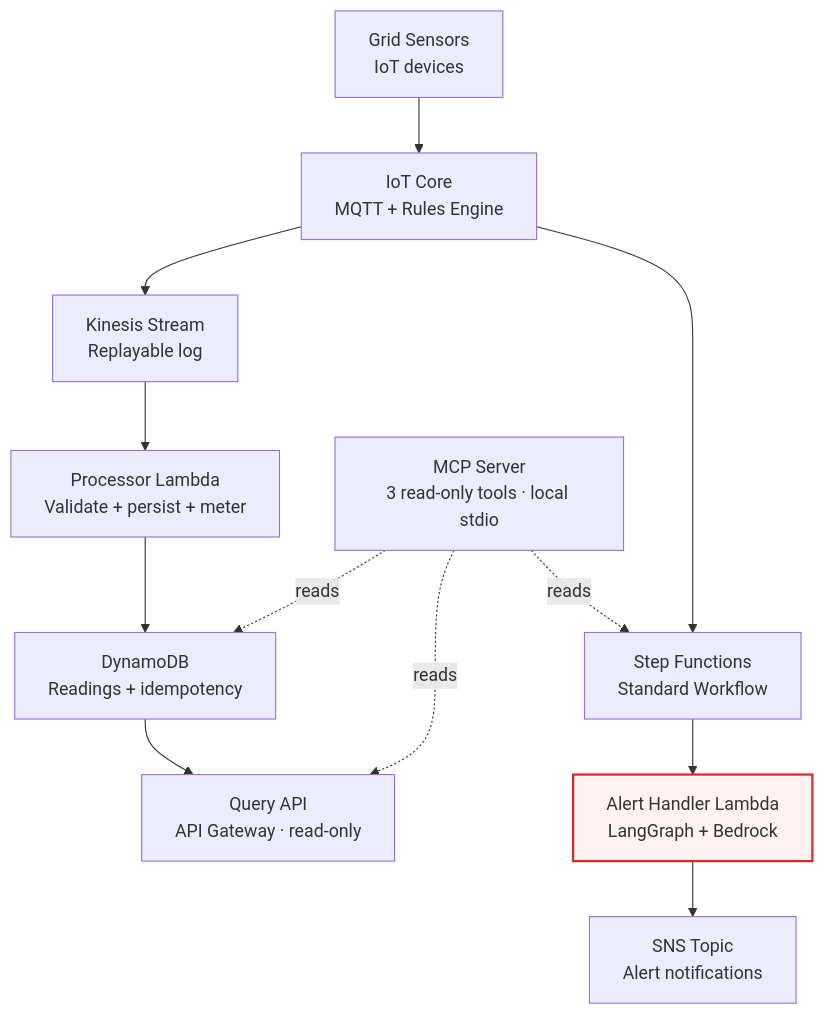
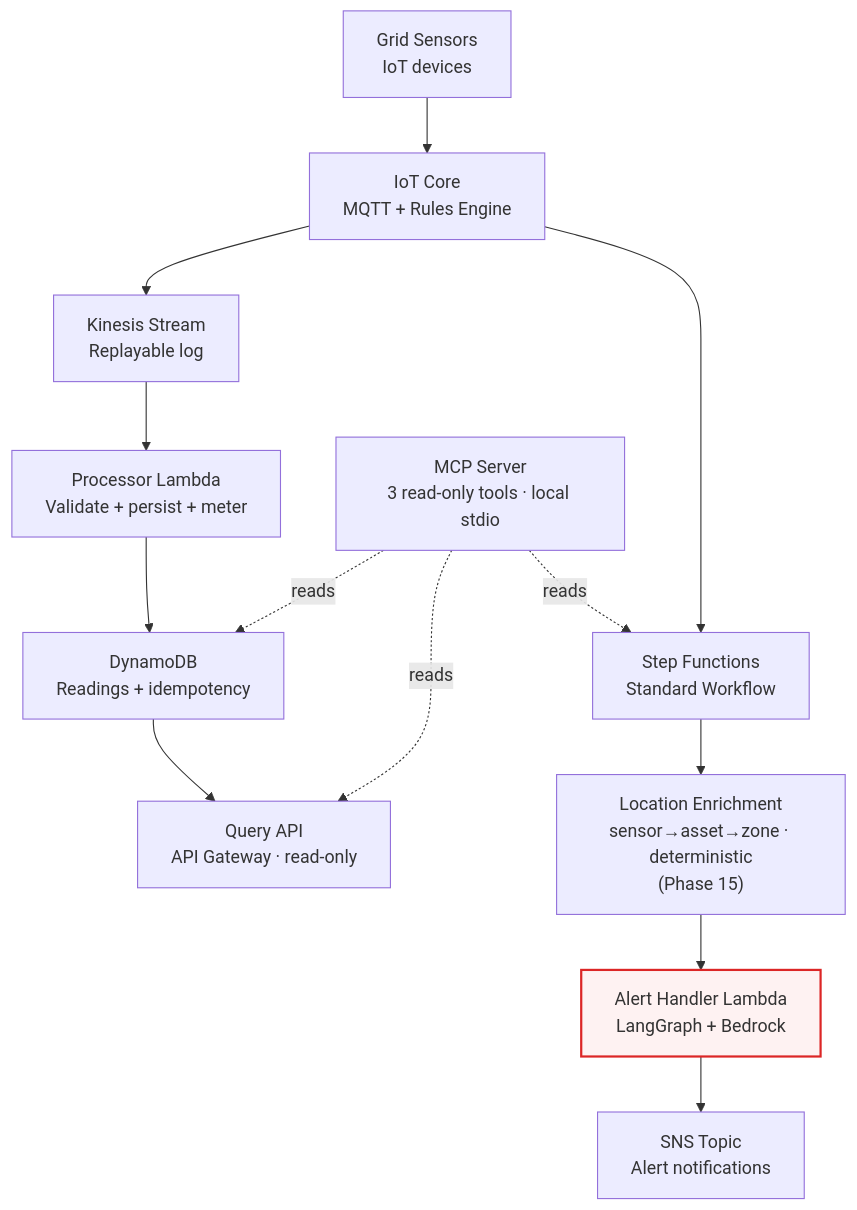
One commit to amusto/Grid-Sensor-Pipeline changed the diagram in docs/diagrams/system-overview.md. Above: the diagram before and after it, drawn with Mermaid. The commit also changed other lines of this file and 11 other files, not shown here.

First line of the commit message:
docs(P15.1): open Phase 15 — Factory Floor Mapping & Asset Intelligence

````diff
--- a/docs/diagrams/system-overview.md
+++ b/docs/diagrams/system-overview.md
@@ -17,37 +17,40 @@
 ```mermaid
 flowchart TD
   Sensors["Grid Sensors<br/>IoT devices"]
   IoT["IoT Core<br/>MQTT + Rules Engine"]
   Kinesis["Kinesis Stream<br/>Replayable log"]
   Processor["Processor Lambda<br/>Validate + persist + meter"]
   DynamoDB["DynamoDB<br/>Readings + idempotency"]
   StepFn["Step Functions<br/>Standard Workflow"]
+  Enrich["Location Enrichment<br/>sensor→asset→zone · deterministic<br/>(Phase 15)"]
   Handler["Alert Handler Lambda<br/>LangGraph + Bedrock"]
   SNS["SNS Topic<br/>Alert notifications"]
   Query["Query API<br/>API Gateway · read-only"]
   MCP["MCP Server<br/>3 read-only tools · local stdio"]
 
   Sensors --> IoT
   IoT --> Kinesis
   IoT --> StepFn
   Kinesis --> Processor
   Processor --> DynamoDB
-  StepFn --> Handler
+  StepFn --> Enrich
+  Enrich --> Handler
   Handler --> SNS
   DynamoDB --> Query
 
   MCP -.->|reads| DynamoDB
   MCP -.->|reads| Query
   MCP -.->|reads| StepFn
 
   click Kinesis "https://github.com/amusto/Grid-Sensor-Pipeline/blob/main/docs/diagrams/data-ingestion-path.md" "Drill into data ingestion path"
   click Processor "https://github.com/amusto/Grid-Sensor-Pipeline/blob/main/docs/diagrams/data-ingestion-path.md" "Drill into data ingestion path"
   click DynamoDB "https://github.com/amusto/Grid-Sensor-Pipeline/blob/main/docs/diagrams/data-ingestion-path.md" "Drill into data ingestion path"
   click Query "https://github.com/amusto/Grid-Sensor-Pipeline/blob/main/docs/diagrams/data-ingestion-path.md" "Drill into data ingestion path"
   click StepFn "https://github.com/amusto/Grid-Sensor-Pipeline/blob/main/docs/diagrams/alert-workflow.md" "Drill into alert workflow"
+  click Enrich "https://github.com/amusto/Grid-Sensor-Pipeline/blob/main/docs/diagrams/location-enrichment-flow.md" "Drill into location enrichment"
   click Handler "https://github.com/amusto/Grid-Sensor-Pipeline/blob/main/docs/diagrams/langgraph-flow.md" "Drill into LangGraph internals"
   click MCP "https://github.com/amusto/Grid-Sensor-Pipeline/blob/main/docs/diagrams/mcp-server.md" "Drill into MCP server"
 
   classDef emph fill:#fef2f2,stroke:#dc2626,stroke-width:2px
   class Handler emph
 ```
````
